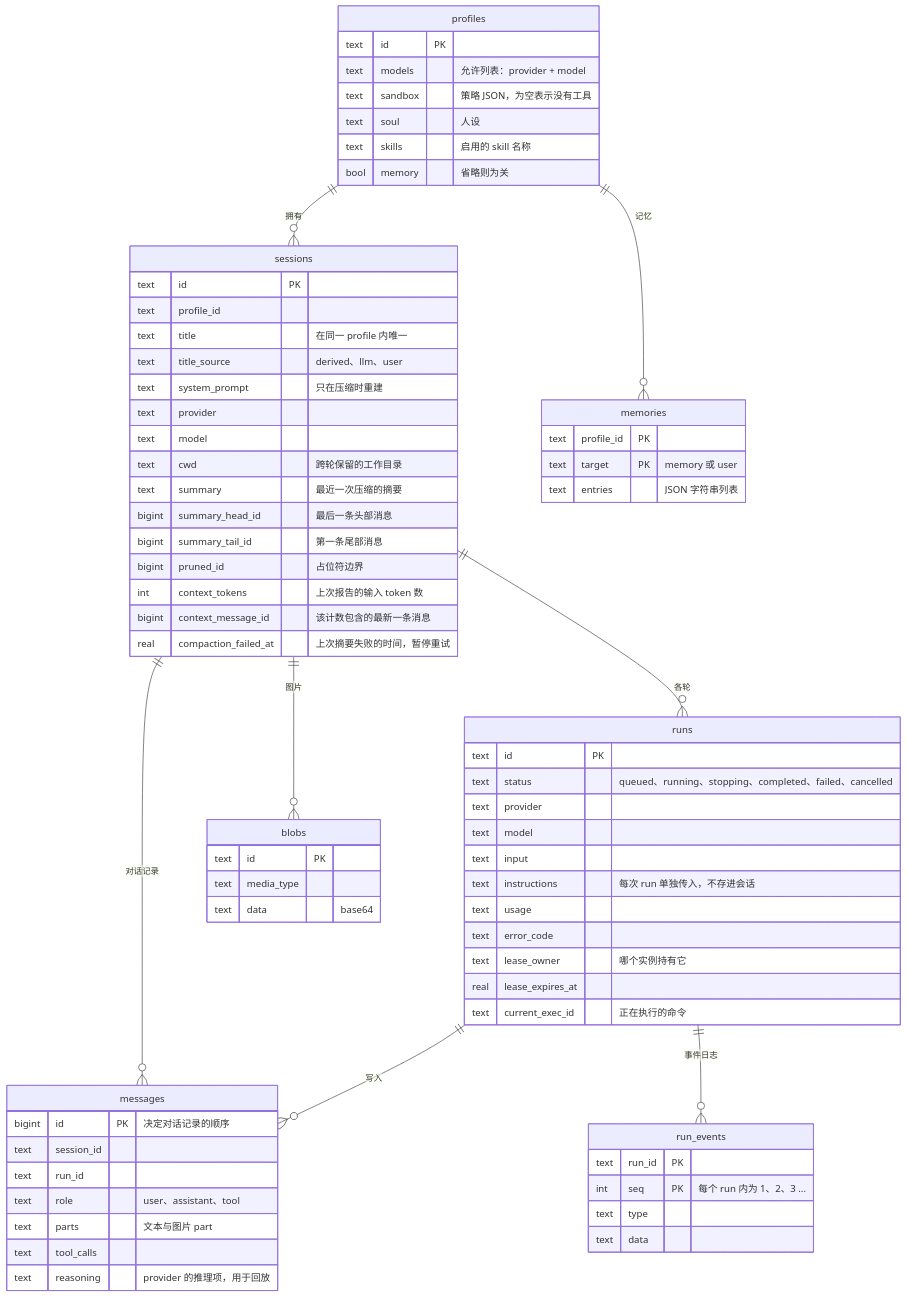
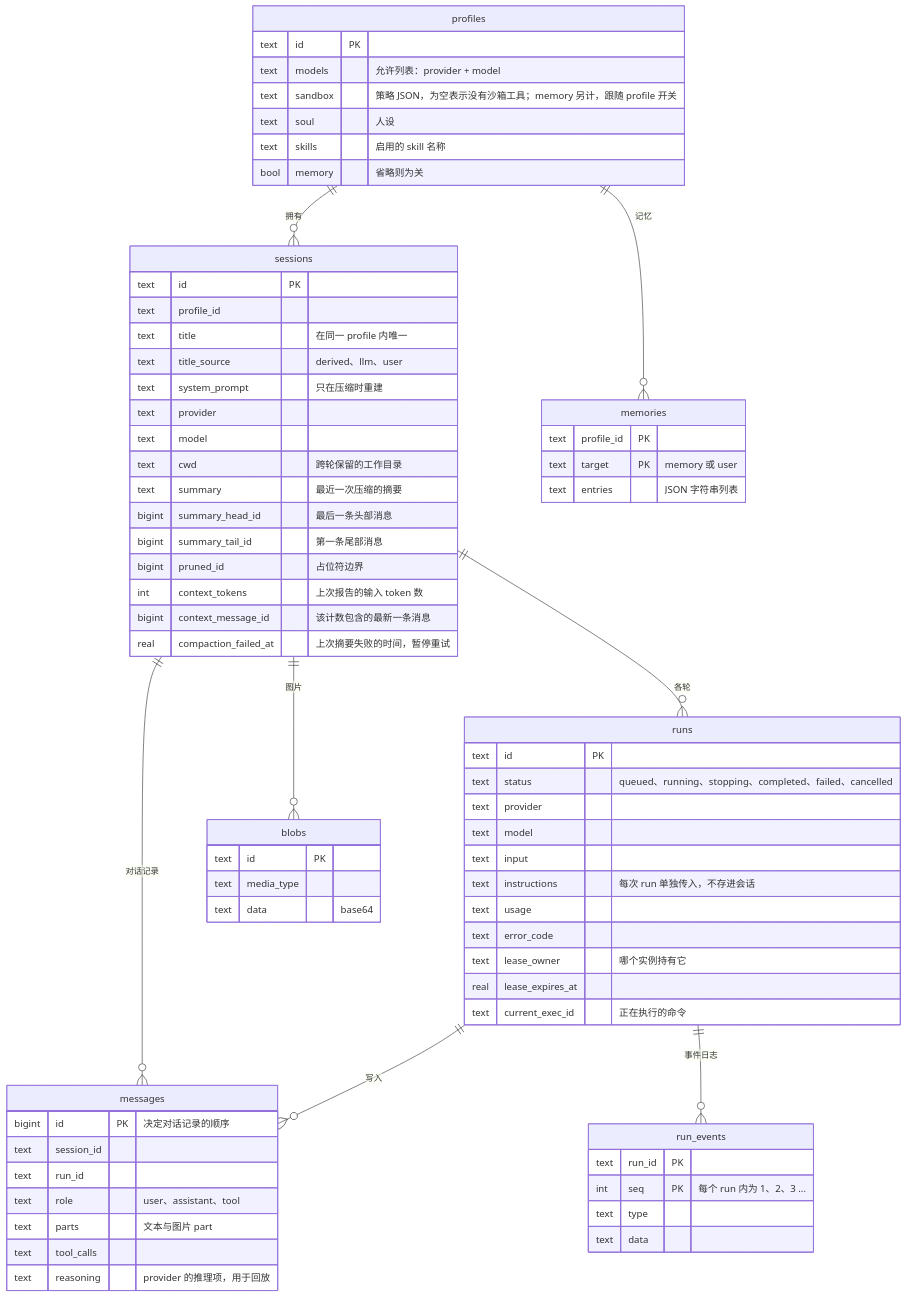
One commit to ryang420/agent-keel changed the second of 9 diagrams in docs/architecture_zh.md. Above: the diagram before and after it, drawn with Mermaid. The commit also changed 4 other files, not shown here.

First line of the commit message:
fix(memory): refuse a write when the profile flag is off

````diff
--- a/docs/architecture_zh.md
+++ b/docs/architecture_zh.md
@@ -94,74 +94,74 @@
 ```mermaid
 erDiagram
     profiles ||--o{ sessions : "拥有"
     profiles ||--o{ memories : "记忆"
     sessions ||--o{ messages : "对话记录"
     sessions ||--o{ runs : "各轮"
     sessions ||--o{ blobs : "图片"
     runs ||--o{ run_events : "事件日志"
     runs ||--o{ messages : "写入"
 
     profiles {
         text id PK
         text models "允许列表：provider + model"
-        text sandbox "策略 JSON，为空表示没有工具"
+        text sandbox "策略 JSON，为空表示没有沙箱工具；memory 另计，跟随 profile 开关"
         text soul "人设"
         text skills "启用的 skill 名称"
         bool memory "省略则为关"
     }
     memories {
         text profile_id PK
         text target PK "memory 或 user"
         text entries "JSON 字符串列表"
     }
     sessions {
         text id PK
         text profile_id
         text title "在同一 profile 内唯一"
         text title_source "derived、llm、user"
         text system_prompt "只在压缩时重建"
         text provider
         text model
         text cwd "跨轮保留的工作目录"
         text summary "最近一次压缩的摘要"
         bigint summary_head_id "最后一条头部消息"
         bigint summary_tail_id "第一条尾部消息"
         bigint pruned_id "占位符边界"
         int context_tokens "上次报告的输入 token 数"
         bigint context_message_id "该计数包含的最新一条消息"
         real compaction_failed_at "上次摘要失败的时间，暂停重试"
     }
     messages {
         bigint id PK "决定对话记录的顺序"
         text session_id
         text run_id
         text role "user、assistant、tool"
         text parts "文本与图片 part"
         text tool_calls
         text reasoning "provider 的推理项，用于回放"
     }
     runs {
         text id PK
         text status "queued、running、stopping、completed、failed、cancelled"
         text provider
         text model
         text input
         text instructions "每次 run 单独传入，不存进会话"
         text usage
         text error_code
         text lease_owner "哪个实例持有它"
         real lease_expires_at
         text current_exec_id "正在执行的命令"
     }
     run_events {
         text run_id PK
         int seq PK "每个 run 内为 1、2、3 ..."
         text type
         text data
     }
     blobs {
         text id PK
         text media_type
         text data "base64"
     }
 ```
````
